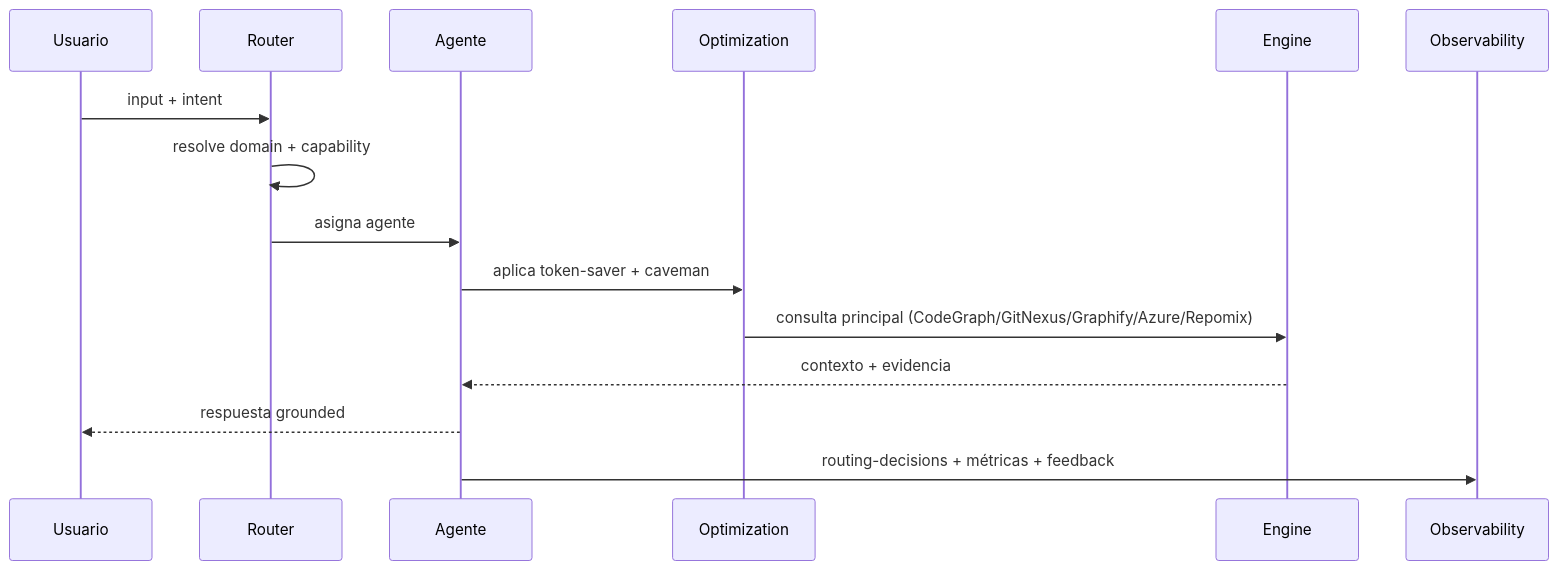
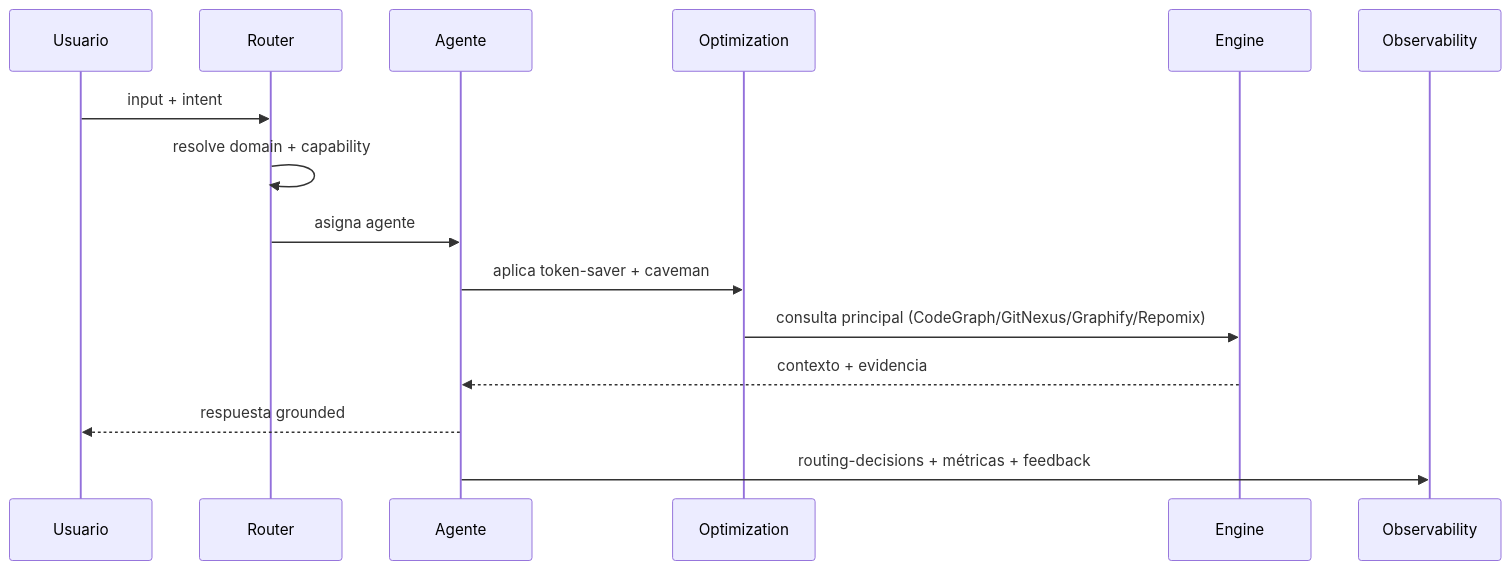
The second of 10 diagrams in README.md (Sertxito/mcp-efficiency-engine), drawn with Mermaid before and after one commit. The commit also changed other lines of this file and 19 other files, not shown here.

````diff
--- a/README.md
+++ b/README.md
@@ -71,18 +70,18 @@
 ```mermaid
 sequenceDiagram
   participant U as Usuario
   participant RT as Router
   participant AG as Agente
   participant OP as Optimization
   participant EN as Engine
   participant OB as Observability
 
   U->>RT: input + intent
   RT->>RT: resolve domain + capability
   RT->>AG: asigna agente
   AG->>OP: aplica token-saver + caveman
-  OP->>EN: consulta principal (CodeGraph/GitNexus/Graphify/Azure/Repomix)
+  OP->>EN: consulta principal (CodeGraph/GitNexus/Graphify/Repomix)
   EN-->>AG: contexto + evidencia
   AG-->>U: respuesta grounded
   AG->>OB: routing-decisions + métricas + feedback
 ```
````
